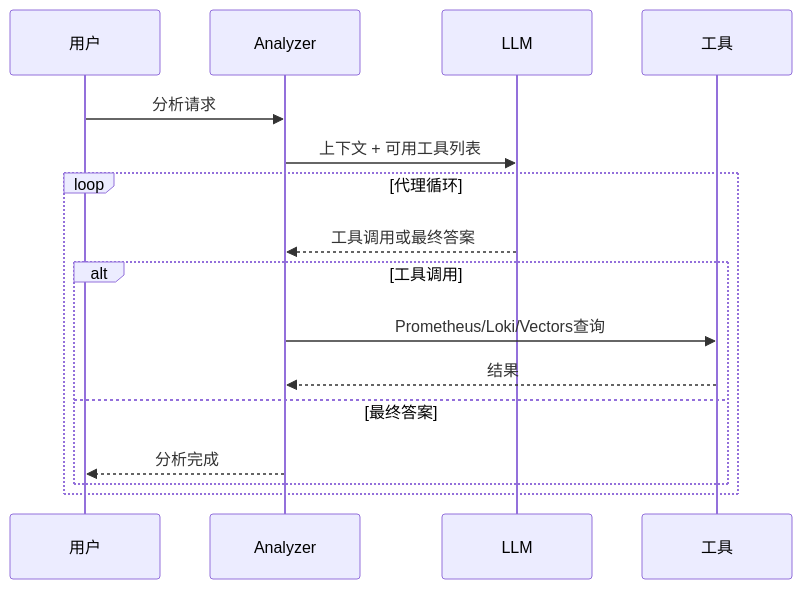
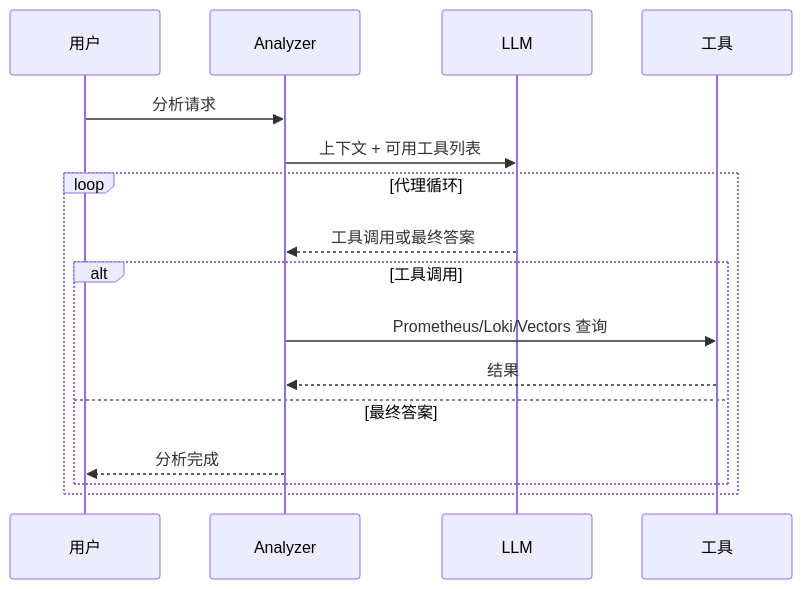
The second of 2 diagrams in src/content/blog/meerkat-deep-dive/zh.md (mandacode-labs/mandacode-devs), drawn with Mermaid before and after one commit. The commit also changed other lines of this file and 28 other files, not shown here.

````diff
--- a/src/content/blog/meerkat-deep-dive/zh.md
+++ b/src/content/blog/meerkat-deep-dive/zh.md
@@ -91,21 +91,21 @@
 ```mermaid
 sequenceDiagram
     participant User as 用户
     participant Analyzer as Analyzer
     participant LLM as LLM
     participant Tools as 工具
 
     User->>Analyzer: 分析请求
     Analyzer->>LLM: 上下文 + 可用工具列表
 
     loop 代理循环
         LLM-->>Analyzer: 工具调用或最终答案
 
         alt 工具调用
-            Analyzer->>Tools: Prometheus/Loki/Vectors查询
+            Analyzer->>Tools: Prometheus/Loki/Vectors 查询
             Tools-->>Analyzer: 结果
         else 最终答案
             Analyzer-->>User: 分析完成
         end
     end
 ```
````
